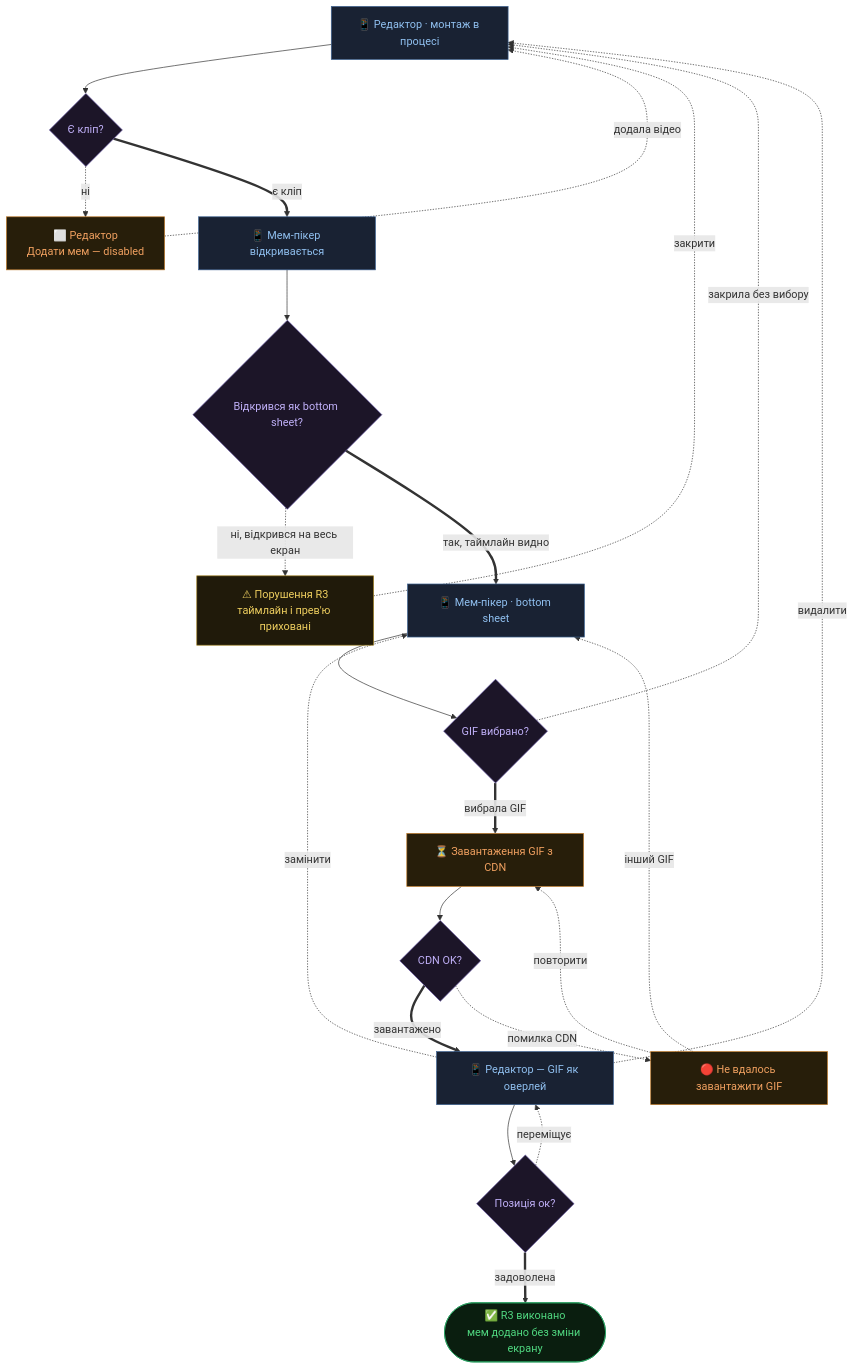
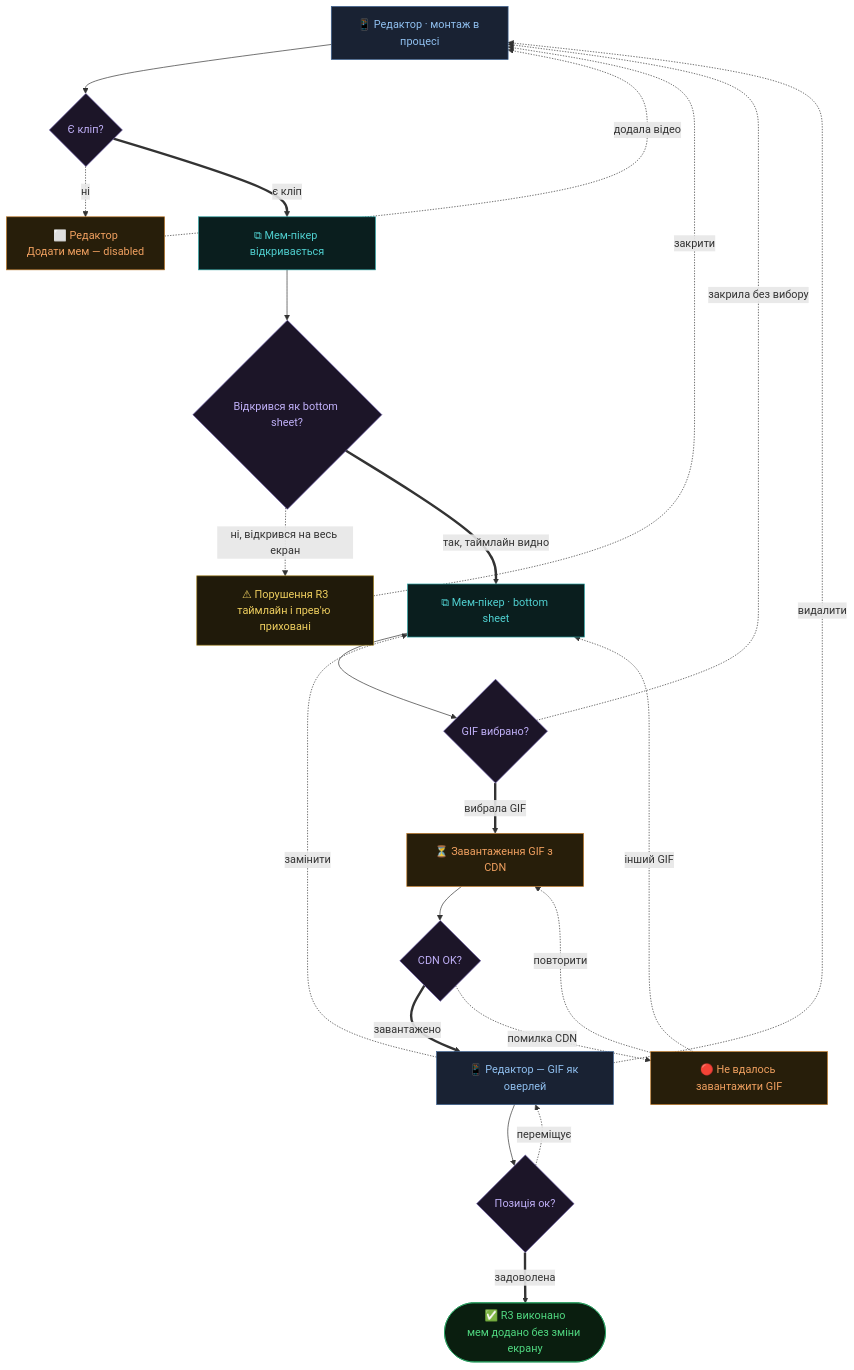
One commit to Zhmenya92/Memkat changed the fourth of 6 diagrams in research/flows.md. Above: the diagram before and after it, drawn with Mermaid. The commit also changed other lines of this file and 3 other files, not shown here.

````diff
--- a/research/flows.md
+++ b/research/flows.md
@@ -180,34 +184,35 @@
 ```mermaid
 flowchart TD
     classDef screen  fill:#192233,stroke:#3a6090,color:#90c0f0
+    classDef panel   fill:#0a1e1e,stroke:#28a0a0,color:#50d0d0
     classDef state   fill:#271e0a,stroke:#c07a28,color:#f0a060
     classDef decide  fill:#1c1528,stroke:#6050a0,color:#c0b0f8
     classDef ok      fill:#0a1e0f,stroke:#28a060,color:#50d880
     classDef fail    fill:#22080a,stroke:#903030,color:#f05060
     classDef warn    fill:#201a0a,stroke:#a08020,color:#f0d060
 
     ED["📱 Редактор · монтаж в процесі"]:::screen --> QC{Є кліп?}:::decide
     QC -. ні .-> DIS["⬜ Редактор\nДодати мем — disabled"]:::state
     DIS -. додала відео .-> ED
 
-    QC == є кліп ==> ADD["📱 Мем-пікер відкривається"]:::screen
+    QC == є кліп ==> ADD["⧉ Мем-пікер відкривається"]:::panel
 
     ADD --> QBS{Відкрився як bottom sheet?}:::decide
     QBS -. ні, відкрився на весь екран .-> FAIL["⚠ Порушення R3\nтаймлайн і прев'ю приховані"]:::warn
     FAIL -. закрити .-> ED
 
-    QBS == так, таймлайн видно ==> MP["📱 Мем-пікер · bottom sheet"]:::screen
+    QBS == так, таймлайн видно ==> MP["⧉ Мем-пікер · bottom sheet"]:::panel
     MP --> QG{GIF вибрано?}:::decide
     QG -. закрила без вибору .-> ED
     QG == вибрала GIF ==> OVL_L["⏳ Завантаження GIF з CDN"]:::state
     OVL_L --> QOVL{CDN OK?}:::decide
     QOVL == завантажено ==> OVL["📱 Редактор — GIF як оверлей"]:::screen
     QOVL -. помилка CDN .-> CDN_E["🔴 Не вдалось завантажити GIF"]:::state
     CDN_E -. повторити .-> OVL_L
     CDN_E -. інший GIF .-> MP
     OVL -. видалити .-> ED
     OVL -. замінити .-> MP
     OVL --> QP{Позиція ок?}:::decide
     QP -. переміщує .-> OVL
     QP == задоволена ==> DONE(["✅ R3 виконано\nмем додано без зміни екрану"]):::ok
 ```
````
